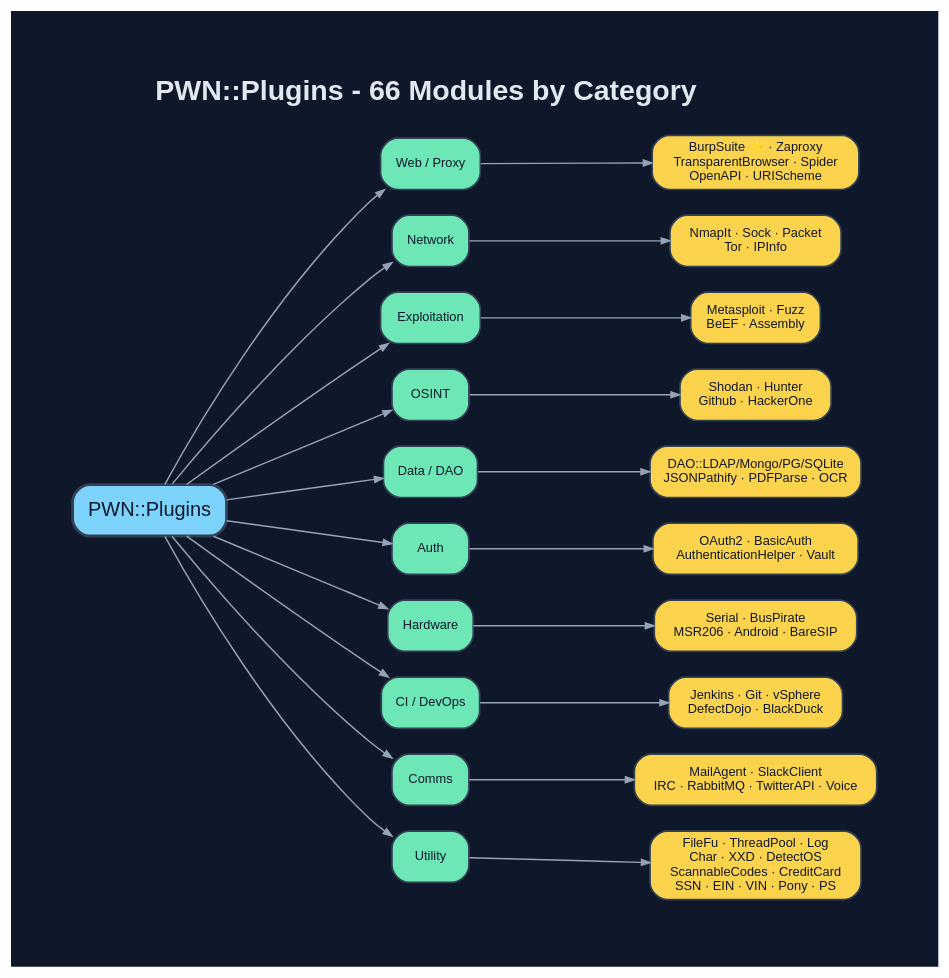
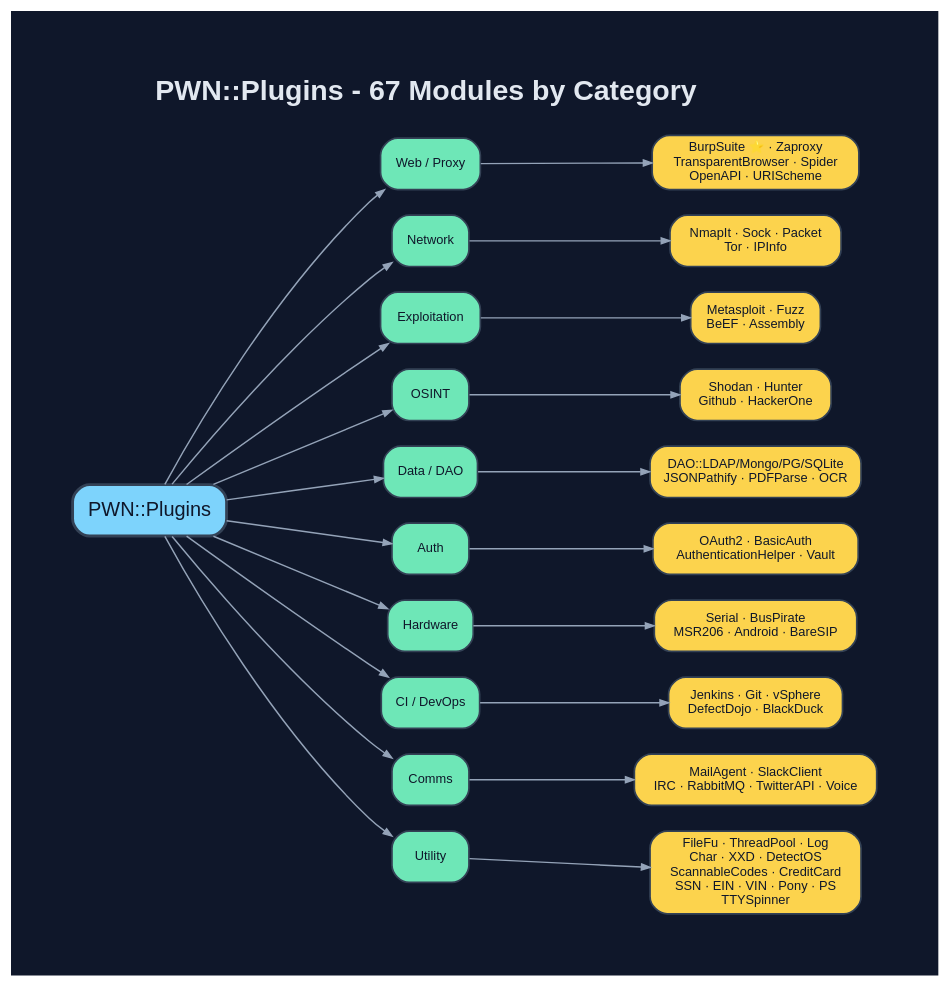
Before and after one commit to 0dayInc/pwn: the diagram in documentation/diagrams/dot/plugin-ecosystem.dot, drawn with Graphviz. The commit also changed 52 other files, not shown here.

```diff
--- a/documentation/diagrams/dot/plugin-ecosystem.dot
+++ b/documentation/diagrams/dot/plugin-ecosystem.dot
@@ -1,45 +1,45 @@
 digraph "PWN_Plugins" {
   graph [
-    label=<<B>PWN::Plugins - 66 Modules by Category</B>>,
+    label=<<B>PWN::Plugins - 67 Modules by Category</B>>,
     labelloc=t, fontsize=20, fontname="Helvetica",
     rankdir=LR, splines=spline, nodesep=0.25, ranksep=1.5,
     bgcolor="#0f172a", fontcolor="#e2e8f0", pad=0.6, newrank=true
   ];
   node [fontname="Helvetica", fontsize=9, style="filled,rounded",
         shape=box, penwidth=1.2, color="#334155", fontcolor="#0f172a"];
   edge [color="#94a3b8", penwidth=1.0, arrowsize=0.6];
 
   Root [label="PWN::Plugins", fillcolor="#7dd3fc", fontsize=14, penwidth=2];
 
   subgraph cluster_cat {
     label=""; style=invis;
     Web  [label="Web / Proxy",   fillcolor="#6ee7b7"];
     Net  [label="Network",       fillcolor="#6ee7b7"];
     Xpl  [label="Exploitation",  fillcolor="#6ee7b7"];
     Osint[label="OSINT",         fillcolor="#6ee7b7"];
     Data [label="Data / DAO",    fillcolor="#6ee7b7"];
     Auth [label="Auth",          fillcolor="#6ee7b7"];
     HW   [label="Hardware",      fillcolor="#6ee7b7"];
     CI   [label="CI / DevOps",   fillcolor="#6ee7b7"];
     Comm [label="Comms",         fillcolor="#6ee7b7"];
     Util [label="Utility",       fillcolor="#6ee7b7"];
   }
   {rank=same; Web; Net; Xpl; Osint; Data; Auth; HW; CI; Comm; Util}
 
   node [fillcolor="#fcd34d"];
   w  [label="BurpSuite ⭐ · Zaproxy\nTransparentBrowser · Spider\nOpenAPI · URIScheme"];
   n  [label="NmapIt · Sock · Packet\nTor · IPInfo"];
   x  [label="Metasploit · Fuzz\nBeEF · Assembly"];
   o  [label="Shodan · Hunter\nGithub · HackerOne"];
   d  [label="DAO::LDAP/Mongo/PG/SQLite\nJSONPathify · PDFParse · OCR"];
   a  [label="OAuth2 · BasicAuth\nAuthenticationHelper · Vault"];
   h  [label="Serial · BusPirate\nMSR206 · Android · BareSIP"];
   c  [label="Jenkins · Git · vSphere\nDefectDojo · BlackDuck"];
   m  [label="MailAgent · SlackClient\nIRC · RabbitMQ · TwitterAPI · Voice"];
-  u  [label="FileFu · ThreadPool · Log\nChar · XXD · DetectOS\nScannableCodes · CreditCard\nSSN · EIN · VIN · Pony · PS"];
+  u  [label="FileFu · ThreadPool · Log\nChar · XXD · DetectOS\nScannableCodes · CreditCard\nSSN · EIN · VIN · Pony · PS\nTTYSpinner"];
 
   Root->Web; Root->Net; Root->Xpl; Root->Osint; Root->Data;
   Root->Auth; Root->HW; Root->CI; Root->Comm; Root->Util;
   Web->w; Net->n; Xpl->x; Osint->o; Data->d;
   Auth->a; HW->h; CI->c; Comm->m; Util->u;
 }
```
